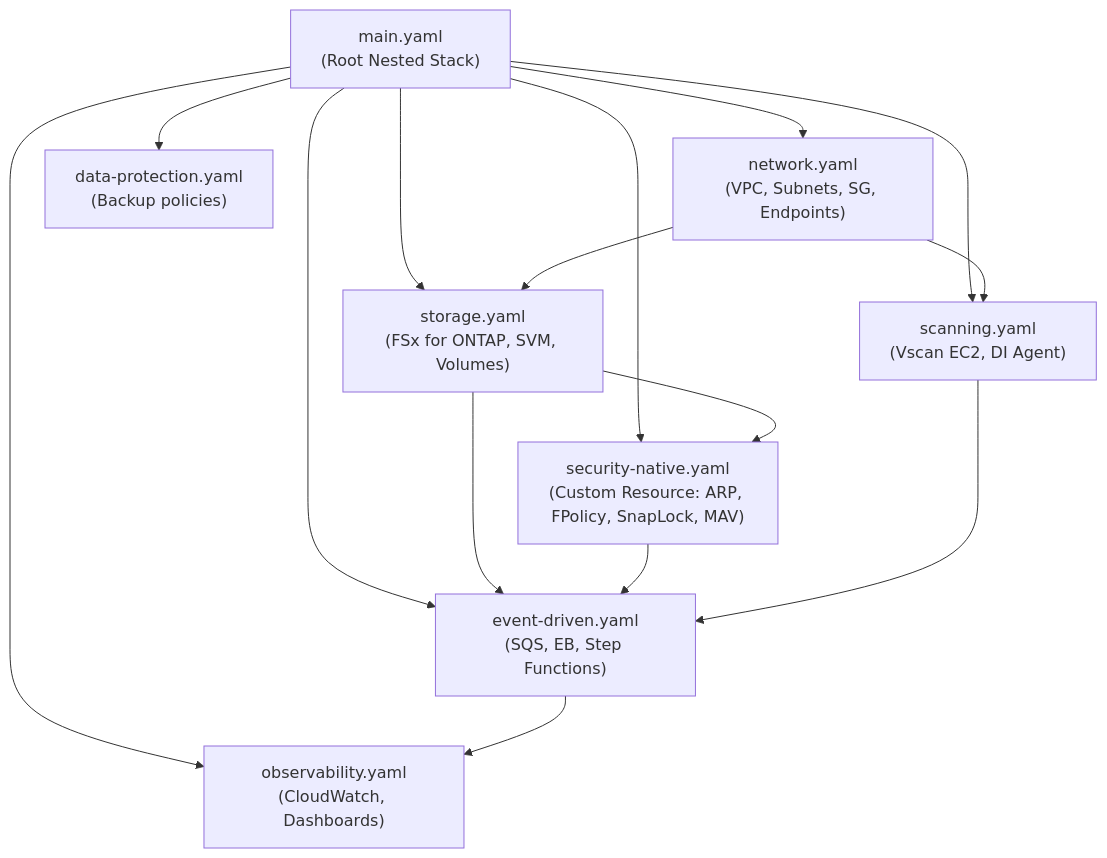
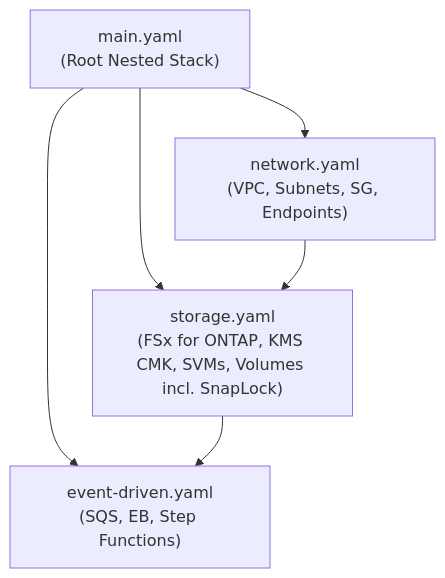
The sixth of 6 diagrams in docs/architecture/overview.md (Yoshiki0705/FSx-for-ONTAP-Cyber-Resilience-Patterns), drawn with Mermaid before and after one commit. The commit also changed other lines of this file and 25 other files, not shown here.

````diff
--- a/docs/architecture/overview.md
+++ b/docs/architecture/overview.md
@@ -294,27 +294,12 @@
 ```mermaid
 graph TD
     MAIN["main.yaml<br/>(Root Nested Stack)"]
     NET["network.yaml<br/>(VPC, Subnets, SG, Endpoints)"]
-    STOR["storage.yaml<br/>(FSx for ONTAP, SVM, Volumes)"]
-    NATIVE["security-native.yaml<br/>(Custom Resource: ARP, FPolicy, SnapLock, MAV)"]
-    SCAN_STACK["scanning.yaml<br/>(Vscan EC2, DI Agent)"]
+    STOR["storage.yaml<br/>(FSx for ONTAP, KMS CMK, SVMs, Volumes incl. SnapLock)"]
     EVT["event-driven.yaml<br/>(SQS, EB, Step Functions)"]
-    OBS_STACK["observability.yaml<br/>(CloudWatch, Dashboards)"]
-    DP["data-protection.yaml<br/>(Backup policies)"]
-
     MAIN --> NET
     MAIN --> STOR
-    MAIN --> NATIVE
-    MAIN --> SCAN_STACK
     MAIN --> EVT
-    MAIN --> OBS_STACK
-    MAIN --> DP
-
     NET --> STOR
-    NET --> SCAN_STACK
-    STOR --> NATIVE
     STOR --> EVT
-    NATIVE --> EVT
-    SCAN_STACK --> EVT
-    EVT --> OBS_STACK
 ```
````
